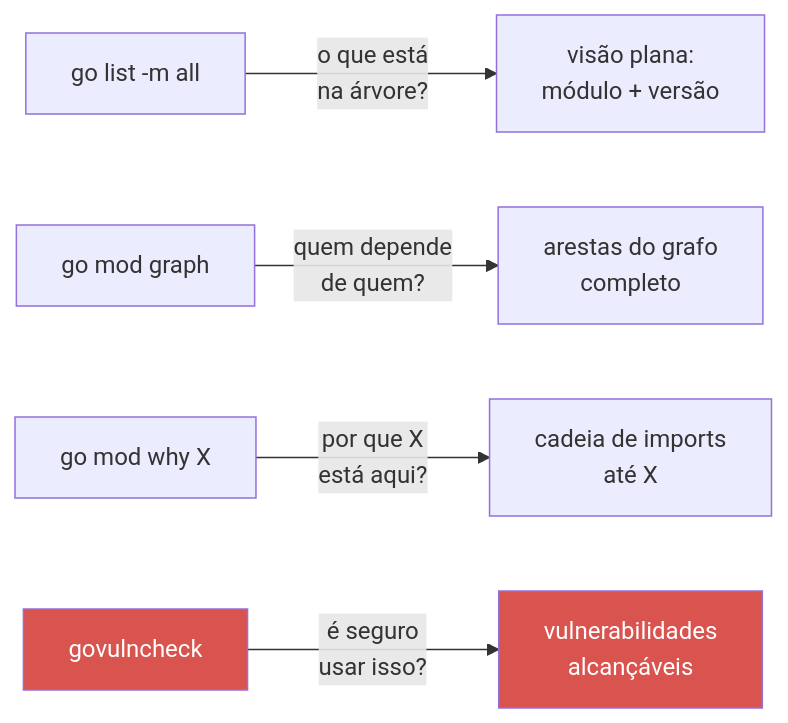
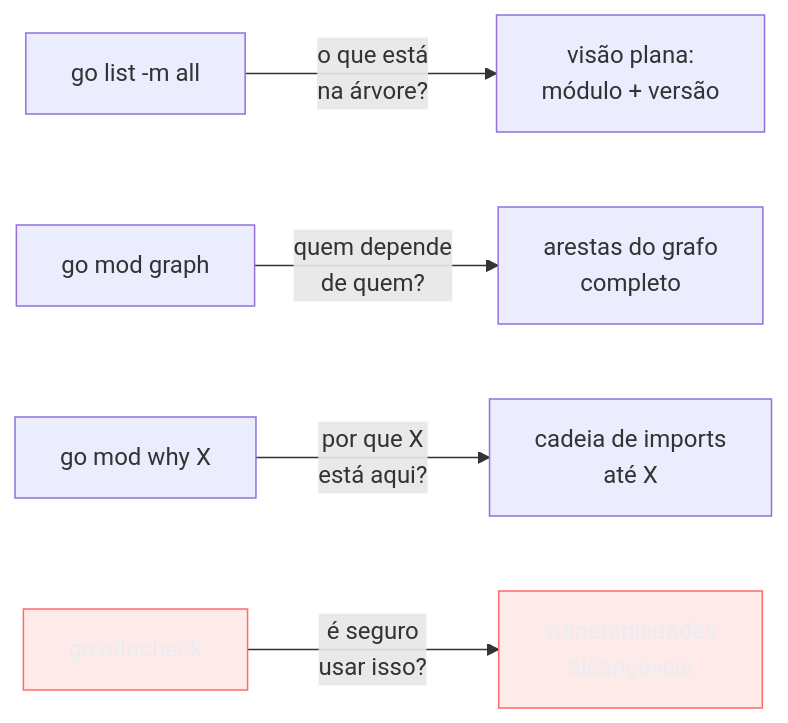
The third of 3 diagrams in 03-Dominios/Tecnologia/Go/19 - Segurança/05 - govulncheck e supply chain.md (josenaldo/codex-technomanticus), drawn with Mermaid before and after one commit. The commit also changed other lines of this file and 1181 other files, not shown here.

First line of the commit message:
fix(diagramas): paleta do sistema no lugar de cor cravada no markdown

````diff
--- a/03-Dominios/Tecnologia/Go/19 - Segurança/05 - govulncheck e supply chain.md
+++ b/03-Dominios/Tecnologia/Go/19 - Segurança/05 - govulncheck e supply chain.md
@@ -218,10 +220,11 @@
 ```mermaid
 flowchart LR
+    classDef falha fill:#FF6B6B24,stroke:#FF6B6B,color:#E9ECF2
     A["go list -m all"] -->|"o que está\nna árvore?"| B["visão plana:\nmódulo + versão"]
     C["go mod graph"] -->|"quem depende\nde quem?"| D["arestas do grafo\ncompleto"]
     E["go mod why X"] -->|"por que X\nestá aqui?"| F["cadeia de imports\naté X"]
     G["govulncheck"] -->|"é seguro\nusar isso?"| H["vulnerabilidades\nalcançáveis"]
 
-    style G fill:#D9534F,color:#fff
-    style H fill:#D9534F,color:#fff
+    class G falha
+    class H falha
 ```
````
